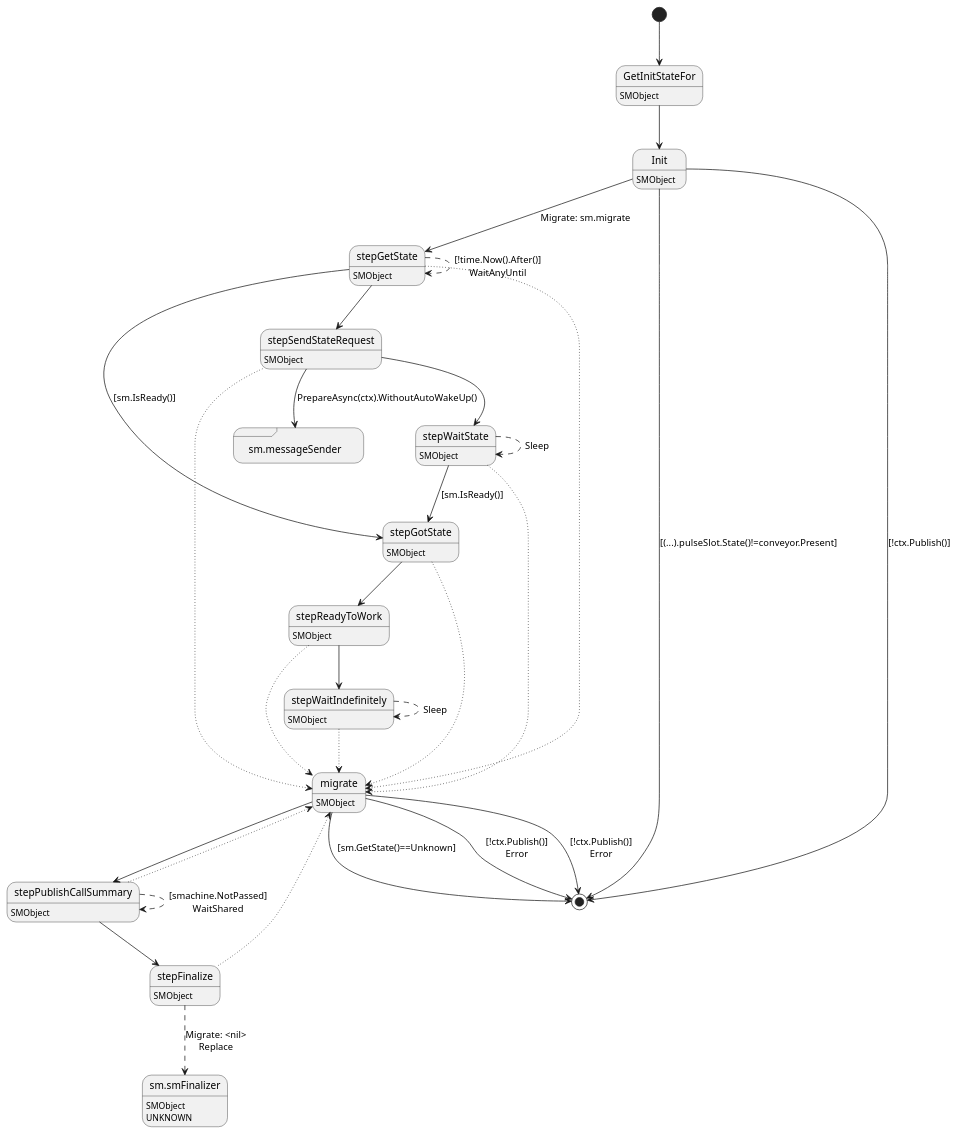
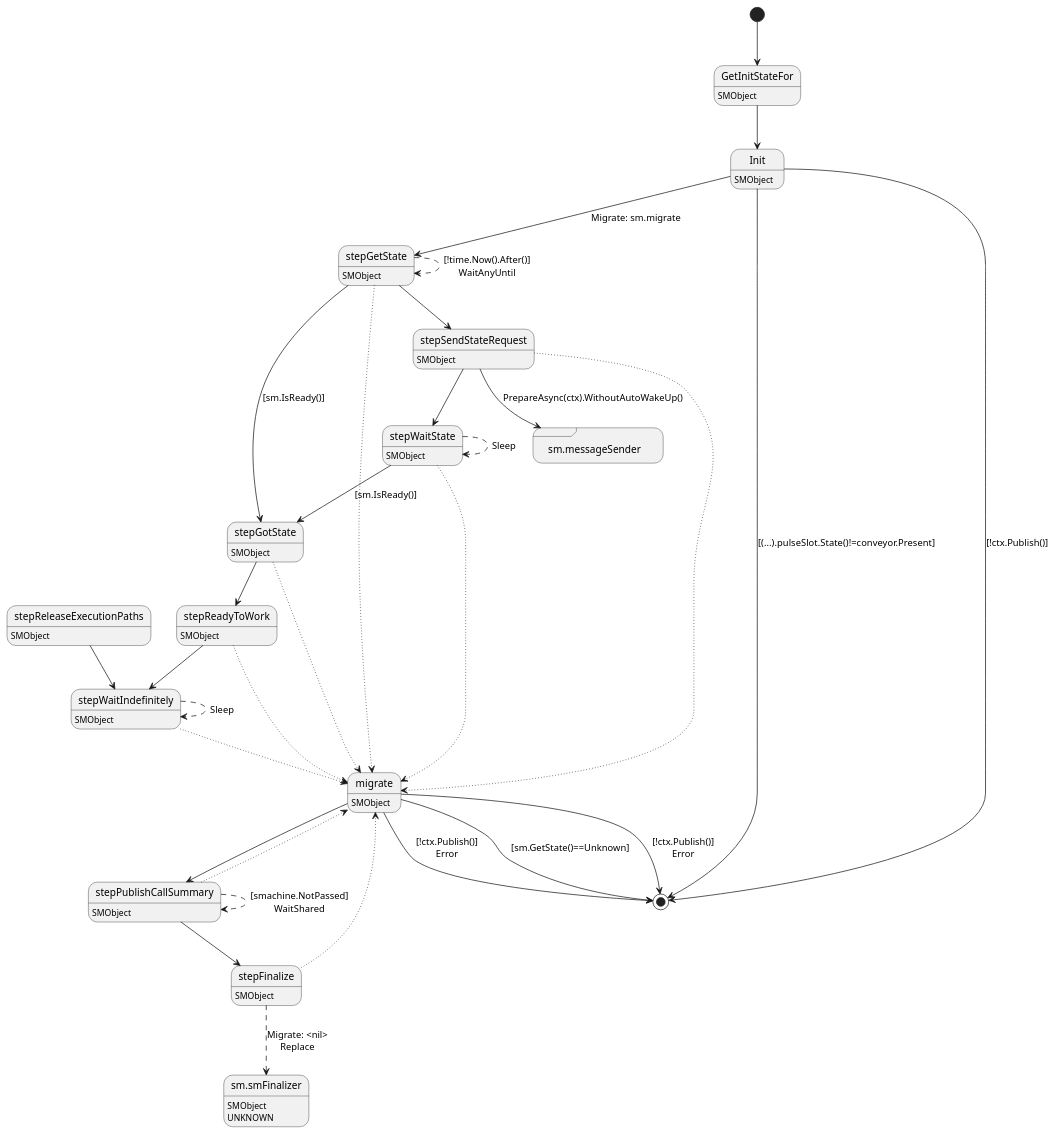
Before and after one commit to insolar/assured-ledger: the diagram in ledger-core/virtual/object/object.plantuml, drawn with PlantUML. The commit also changed 9 other files, not shown here.

```diff
--- a/ledger-core/virtual/object/object.plantuml
+++ b/ledger-core/virtual/object/object.plantuml
@@ -1,58 +1,61 @@
 @startuml
 state "GetInitStateFor" as T00_S001
 T00_S001 : SMObject
 [*] --> T00_S001
 T00_S001 --> T00_S002
 state "Init" as T00_S002
 T00_S002 : SMObject
 T00_S002 --> [*] : [(...).pulseSlot.State()!=conveyor.Present]
 T00_S002 --> [*] : [!ctx.Publish()]
 T00_S002 --> T00_S005 : Migrate: sm.migrate
-state "migrate" as T00_S010
-T00_S010 : SMObject
-T00_S010 --> [*] : [sm.GetState()==Unknown]
-T00_S010 --> [*] : [!ctx.Publish()]\nError
-T00_S010 --> [*] : [!ctx.Publish()]\nError
-T00_S010 --> T00_S011
+state "migrate" as T00_S011
+T00_S011 : SMObject
+T00_S011 --> [*] : [sm.GetState()==Unknown]
+T00_S011 --> [*] : [!ctx.Publish()]\nError
+T00_S011 --> [*] : [!ctx.Publish()]\nError
+T00_S011 --> T00_S012
 state "sm.messageSender" as T00_S004 <<sdlreceive>>
-state "stepFinalize" as T00_S012
-T00_S012 : SMObject
-T00_S012 --[dotted]> T00_S010
+state "stepFinalize" as T00_S013
+T00_S013 : SMObject
+T00_S013 --[dotted]> T00_S011
 state "sm.smFinalizer" as T00_U001
 T00_U001 : SMObject
 T00_U001 : UNKNOWN 
-T00_S012 --[dashed]> T00_U001 : Migrate: <nil>\nReplace
+T00_S013 --[dashed]> T00_U001 : Migrate: <nil>\nReplace
 state "stepGetState" as T00_S005
 T00_S005 : SMObject
-T00_S005 --[dotted]> T00_S010
+T00_S005 --[dotted]> T00_S011
 T00_S005 --> T00_S007 : [sm.IsReady()]
 T00_S005 --[dashed]> T00_S005 : [!time.Now().After()]\nWaitAnyUntil
 T00_S005 --> T00_S003
 state "stepGotState" as T00_S007
 T00_S007 : SMObject
-T00_S007 --[dotted]> T00_S010
+T00_S007 --[dotted]> T00_S011
 T00_S007 --> T00_S008
-state "stepPublishCallSummary" as T00_S011
-T00_S011 : SMObject
-T00_S011 --[dotted]> T00_S010
-T00_S011 --[dashed]> T00_S011 : [smachine.NotPassed]\nWaitShared
-T00_S011 --> T00_S012
+state "stepPublishCallSummary" as T00_S012
+T00_S012 : SMObject
+T00_S012 --[dotted]> T00_S011
+T00_S012 --[dashed]> T00_S012 : [smachine.NotPassed]\nWaitShared
+T00_S012 --> T00_S013
 state "stepReadyToWork" as T00_S008
 T00_S008 : SMObject
-T00_S008 --[dotted]> T00_S010
+T00_S008 --[dotted]> T00_S011
 T00_S008 --> T00_S009
+state "stepReleaseExecutionPaths" as T00_S010
+T00_S010 : SMObject
+T00_S010 --> T00_S009
 state "stepSendStateRequest" as T00_S003
 T00_S003 : SMObject
-T00_S003 --[dotted]> T00_S010
+T00_S003 --[dotted]> T00_S011
 T00_S003 --> T00_S004 : PrepareAsync(ctx).WithoutAutoWakeUp()
 T00_S003 --> T00_S006
 state "stepWaitIndefinitely" as T00_S009
 T00_S009 : SMObject
-T00_S009 --[dotted]> T00_S010
+T00_S009 --[dotted]> T00_S011
 T00_S009 --[dashed]> T00_S009 : Sleep
 state "stepWaitState" as T00_S006
 T00_S006 : SMObject
-T00_S006 --[dotted]> T00_S010
+T00_S006 --[dotted]> T00_S011
 T00_S006 --> T00_S007 : [sm.IsReady()]
 T00_S006 --[dashed]> T00_S006 : Sleep
 @enduml
```
